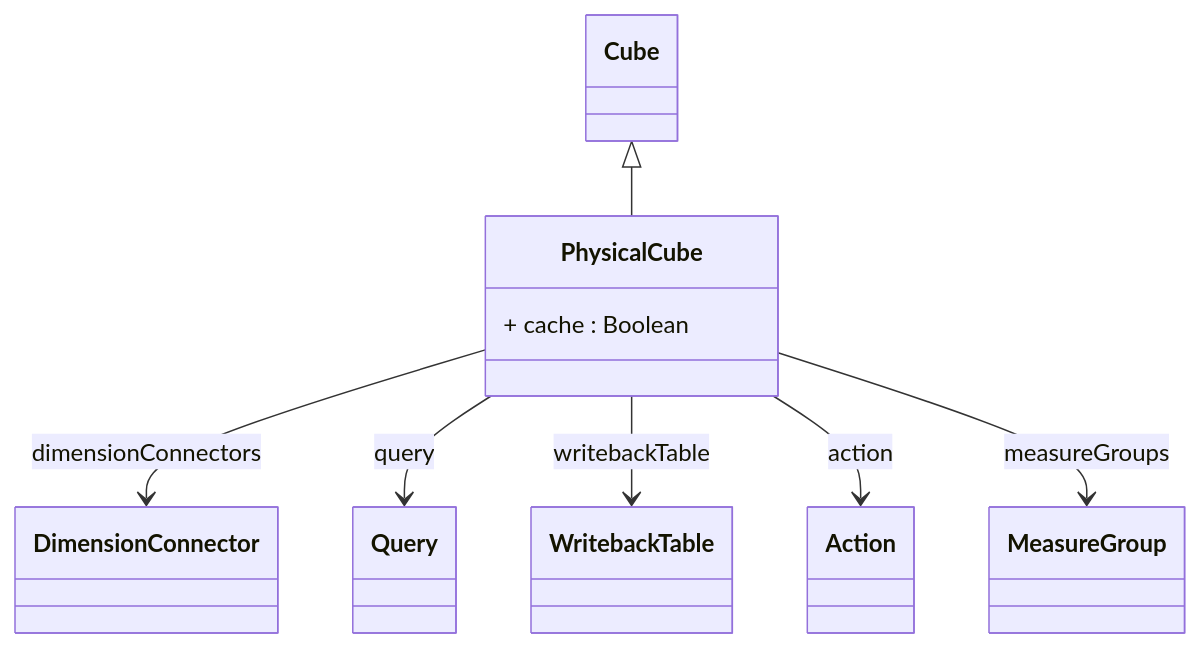
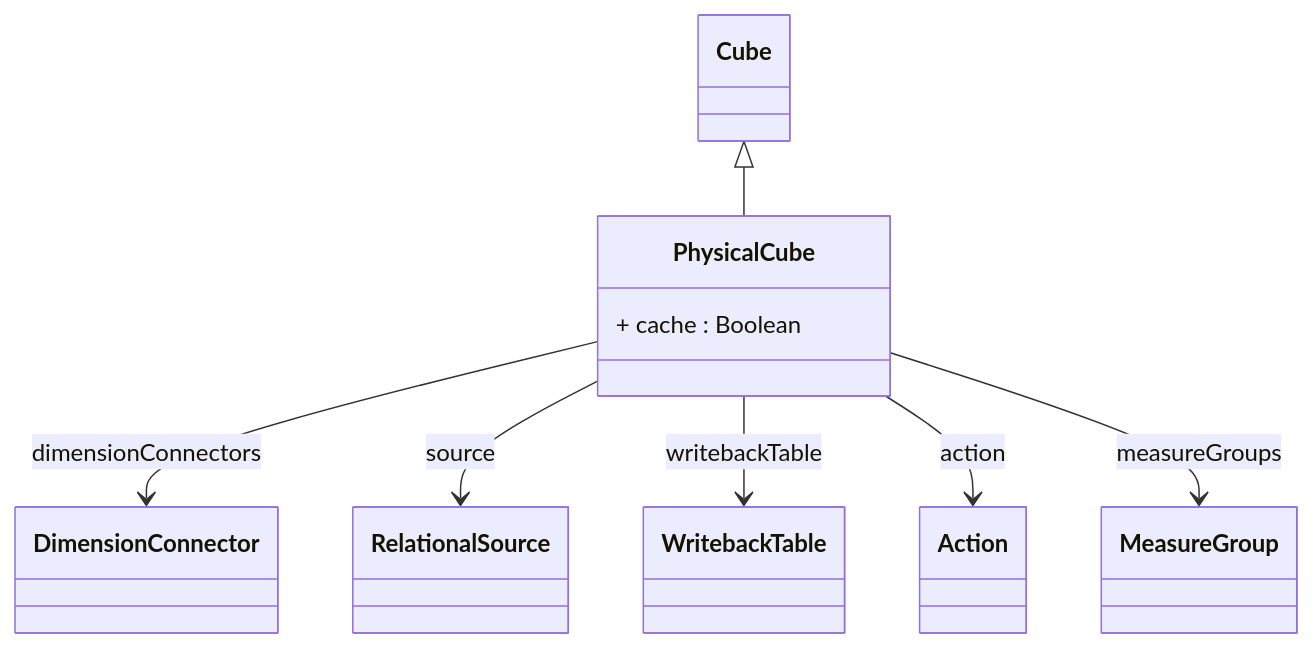
Before and after one commit to eclipse-daanse/eclipse-daanse.github.io: the diagram in docs/cubeserver/model/class-PhysicalCube.md, drawn with Mermaid. The commit also changed other lines of this file and 138 other files, not shown here.

````diff
--- a/docs/cubeserver/model/class-PhysicalCube.md
+++ b/docs/cubeserver/model/class-PhysicalCube.md
@@ -114,14 +117,14 @@
 ```mermaid
 classDiagram
   class PhysicalCube {
     + cache : Boolean
   }
 
   Cube <|-- PhysicalCube
   PhysicalCube --> DimensionConnector : dimensionConnectors
-  PhysicalCube --> Query : query
+  PhysicalCube --> RelationalSource : source
   PhysicalCube --> WritebackTable : writebackTable
   PhysicalCube --> Action : action
   PhysicalCube --> MeasureGroup : measureGroups
 
 ```
````
